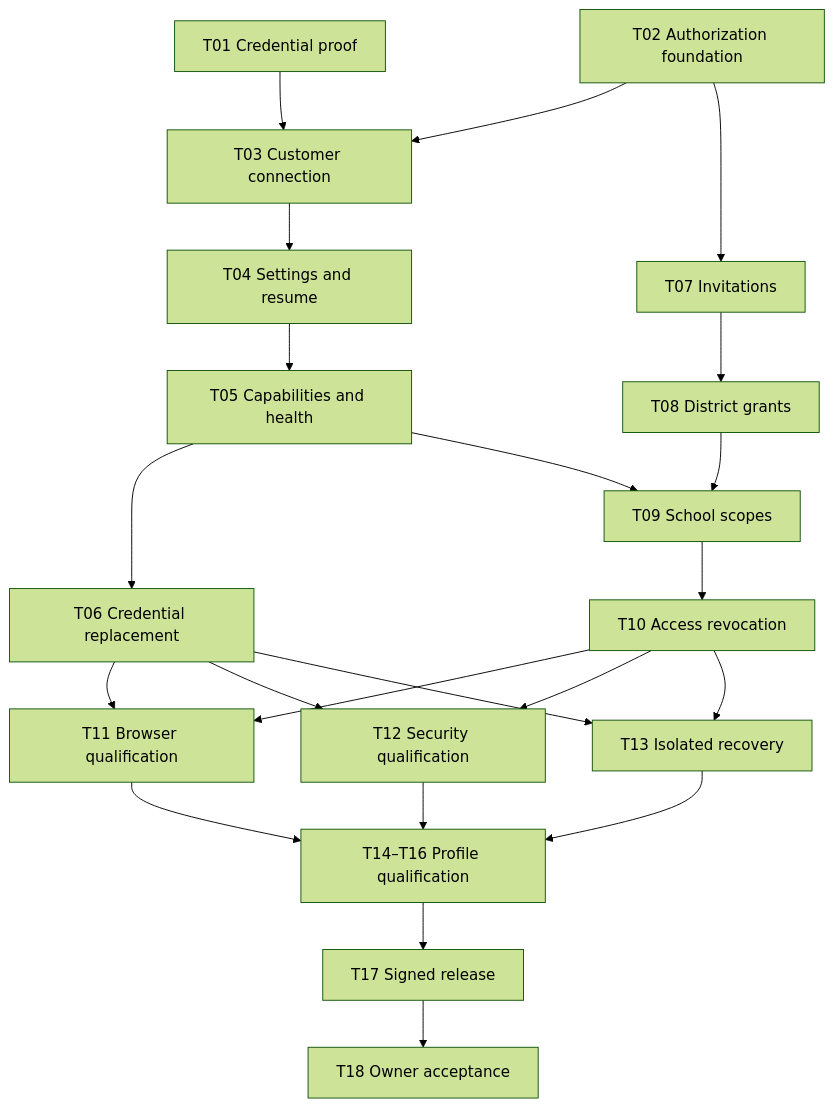
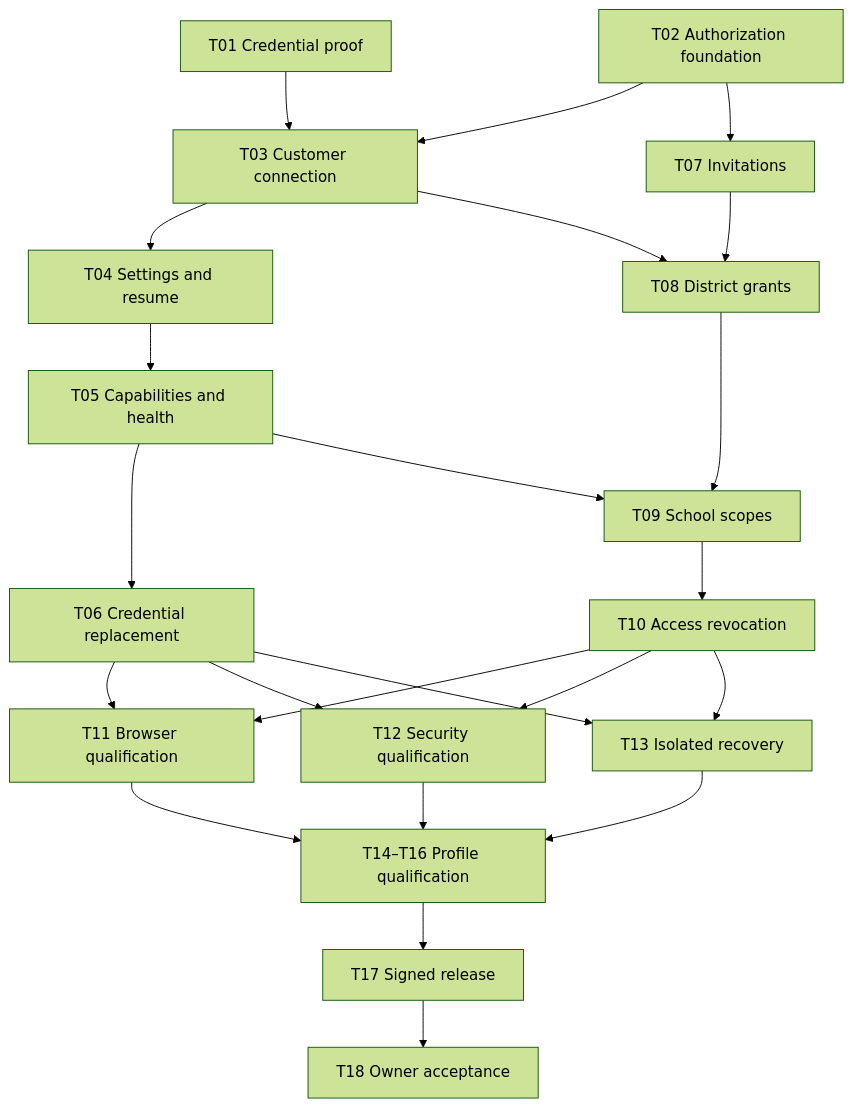
The diagram in docs/portfolio/phase-3-plan.md (CampusCommander/campus-commander), drawn with Mermaid (forest theme) before and after one commit. The commit also changed 4 other files, not shown here.

````diff
--- a/docs/portfolio/phase-3-plan.md
+++ b/docs/portfolio/phase-3-plan.md
@@ -99,24 +99,25 @@
 ```mermaid
 flowchart TD
   T01["T01 Credential proof"] --> T03["T03 Customer connection"]
   T02["T02 Authorization foundation"] --> T03
   T03 --> T04["T04 Settings and resume"]
   T04 --> T05["T05 Capabilities and health"]
   T05 --> T06["T06 Credential replacement"]
   T02 --> T07["T07 Invitations"]
   T07 --> T08["T08 District grants"]
+  T03 --> T08
   T08 --> T09["T09 School scopes"]
   T05 --> T09
   T09 --> T10["T10 Access revocation"]
   T06 --> T11["T11 Browser qualification"]
   T10 --> T11
   T06 --> T12["T12 Security qualification"]
   T10 --> T12
   T06 --> T13["T13 Isolated recovery"]
   T10 --> T13
   T11 --> Q["T14–T16 Profile qualification"]
   T12 --> Q
   T13 --> Q
   Q --> T17["T17 Signed release"]
   T17 --> T18["T18 Owner acceptance"]
 ```
````
